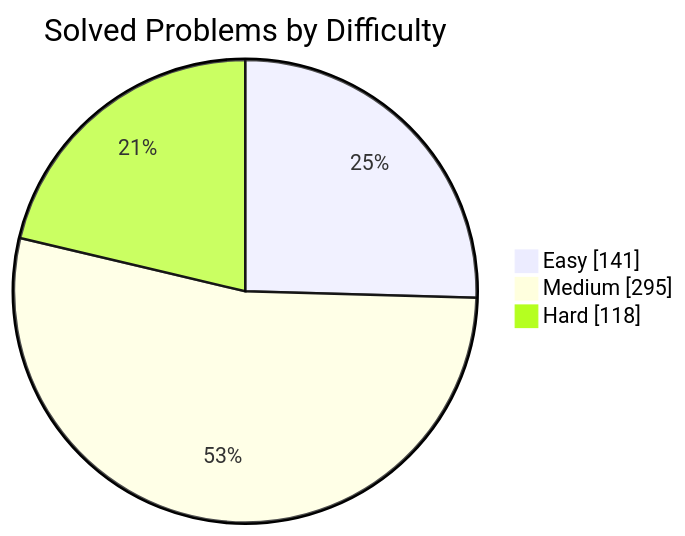
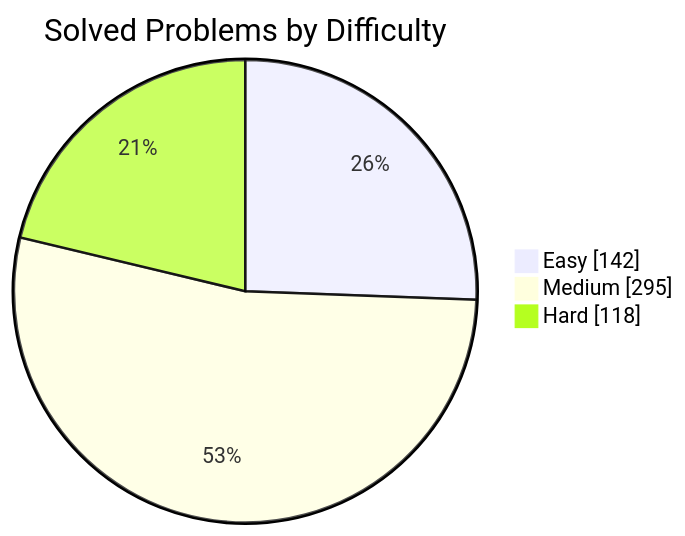
One commit to manikantbindass/DSA-Preparation-FAANG changed the first of 2 diagrams in README.md. Above: the diagram before and after it, drawn with Mermaid. The commit also changed other lines of this file and 1 other file, not shown here.

````diff
--- a/README.md
+++ b/README.md
@@ -79,7 +79,7 @@
 ```mermaid
 pie showData
     title Solved Problems by Difficulty
-    "Easy" : 141
+    "Easy" : 142
     "Medium" : 295
     "Hard" : 118
 ```
````
